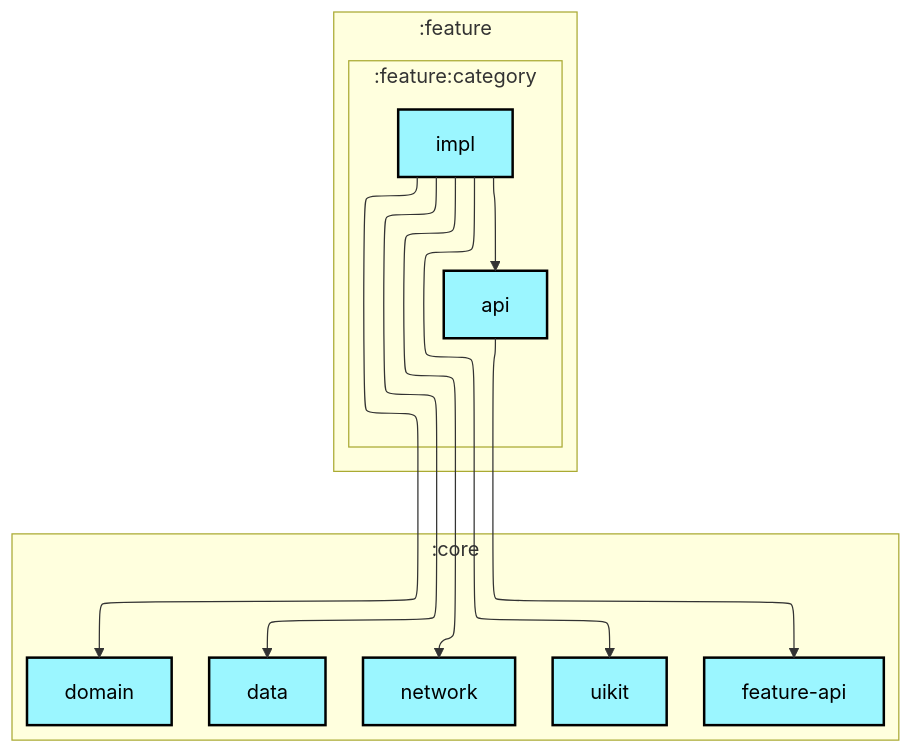
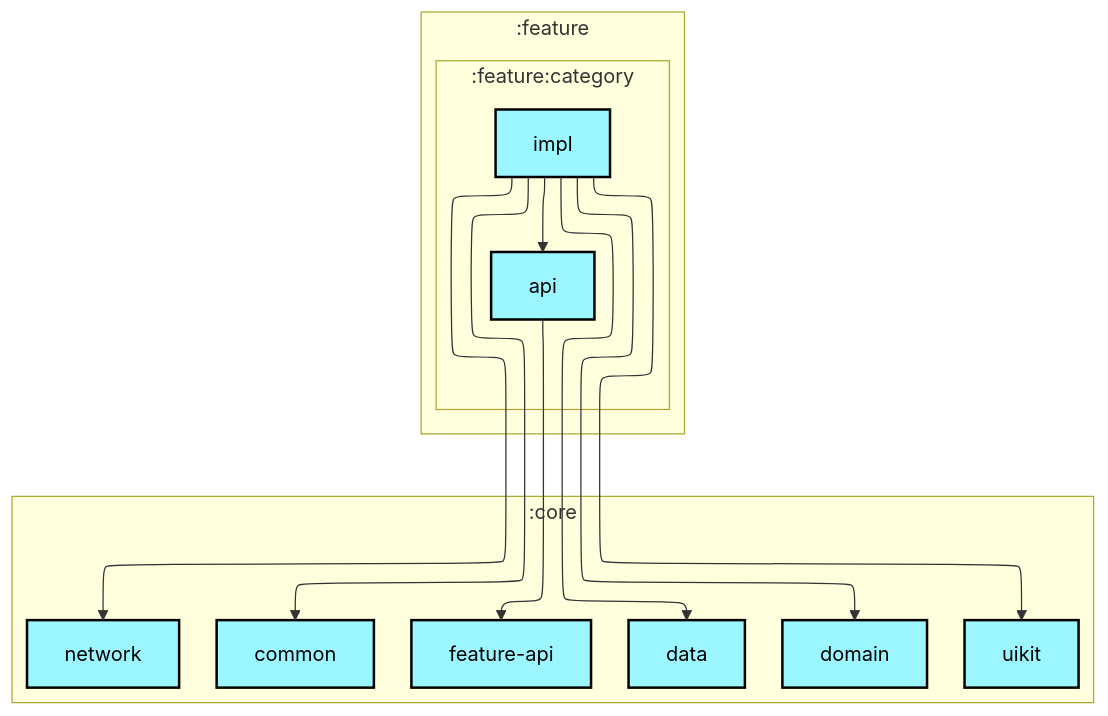
One commit to IliaVoskoboinikov/Finance-Manager changed the diagram in feature/category/impl/README.md. Above: the diagram before and after it, drawn with Mermaid. The commit also changed other lines of this file and 18 other files, not shown here.

````diff
--- a/feature/category/impl/README.md
+++ b/feature/category/impl/README.md
@@ -9,40 +11,42 @@
 ```mermaid
 ---
 config:
   layout: elk
   elk:
     nodePlacementStrategy: SIMPLE
 ---
 graph TB
     subgraph :feature
         direction TB
         subgraph :feature:category
             direction TB
             :feature:category:api[api]:::android-library
             :feature:category:impl[impl]:::android-library
         end
     end
 
     subgraph :core
         direction TB
+        :core:common[common]:::android-library
         :core:data[data]:::android-library
         :core:network[network]:::android-library
         :core:domain[domain]:::android-library
         :core:uikit[uikit]:::android-library
         :core:feature-api[feature-api]:::android-library
     end
 
 %% =======================
 %% DEPENDENCIES
 %% =======================
     :feature:category:impl --> :feature:category:api
+    :feature:category:impl --> :core:common
     :feature:category:impl --> :core:network
     :feature:category:impl --> :core:uikit
     :feature:category:impl --> :core:data
     :feature:category:impl --> :core:domain
     :feature:category:api --> :core:feature-api
 
     classDef android-library fill:#9BF6FF,stroke:#000,stroke-width:2px,color:#000;
     classDef jvm-library fill:#BDB2FF,stroke:#000,stroke-width:2px,color:#000;
 
 ```
````
